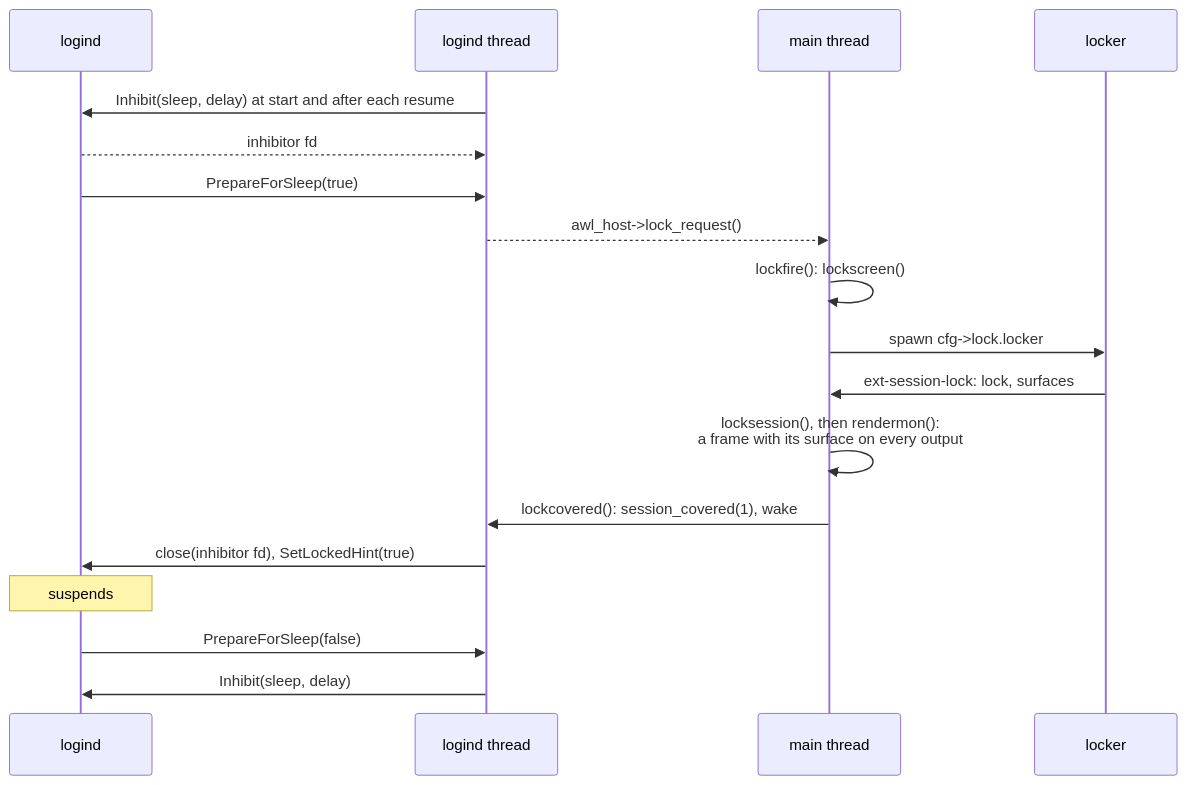
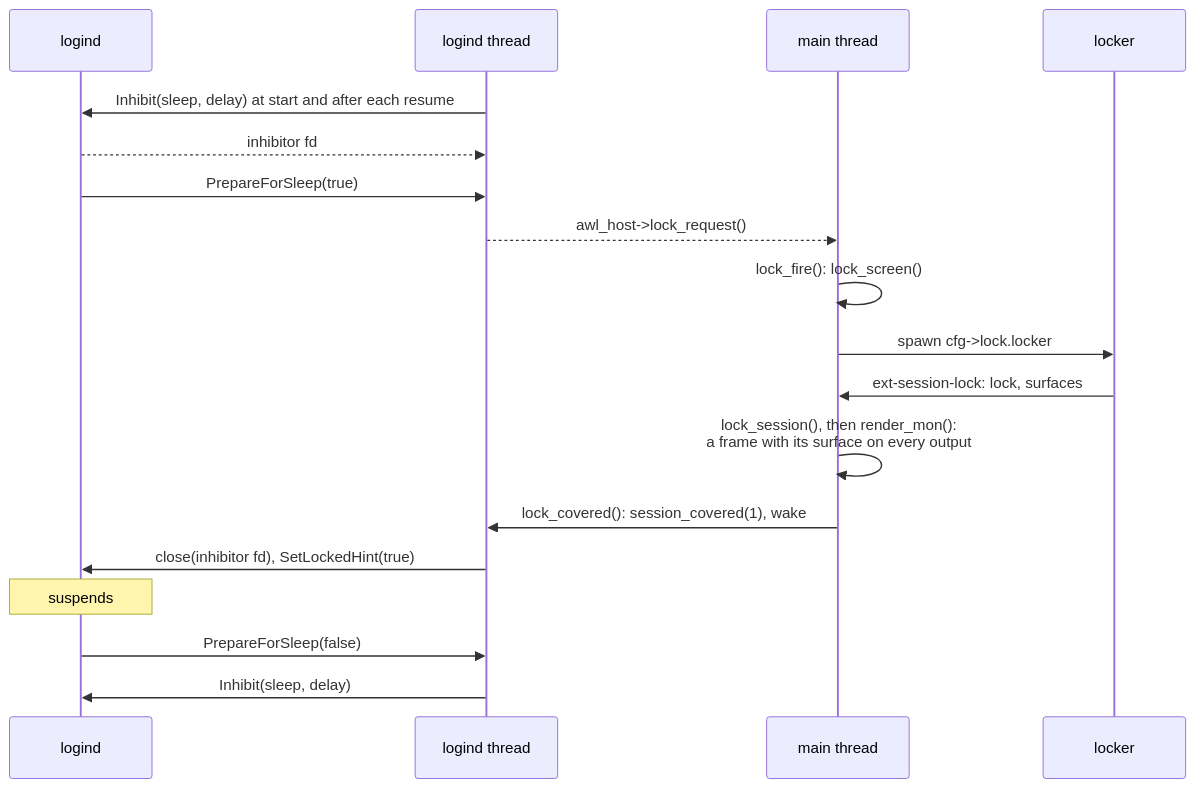
Before and after one commit to alcubierre-drive/awl: the eighth of 8 diagrams in doc/threads.rst, drawn with Mermaid. The commit also changed other lines of this file and 132 other files, not shown here.

```diff
--- a/doc/threads.rst
+++ b/doc/threads.rst
@@ -328,20 +328,20 @@
 .. mermaid::
 
    sequenceDiagram
      participant L as logind
      participant T as logind thread
      participant M as main thread
      participant K as locker
      T->>L: Inhibit(sleep, delay) at start and after each resume
      L-->>T: inhibitor fd
      L->>T: PrepareForSleep(true)
      T-->>M: awl_host->lock_request()
-     M->>M: lockfire(): lockscreen()
+     M->>M: lock_fire(): lock_screen()
      M->>K: spawn cfg->lock.locker
      K->>M: ext-session-lock: lock, surfaces
-     M->>M: locksession(), then rendermon():<br/>a frame with its surface on every output
-     M->>T: lockcovered(): session_covered(1), wake
+     M->>M: lock_session(), then render_mon():<br/>a frame with its surface on every output
+     M->>T: lock_covered(): session_covered(1), wake
      T->>L: close(inhibitor fd), SetLockedHint(true)
      Note over L: suspends
      L->>T: PrepareForSleep(false)
      T->>L: Inhibit(sleep, delay)
```
